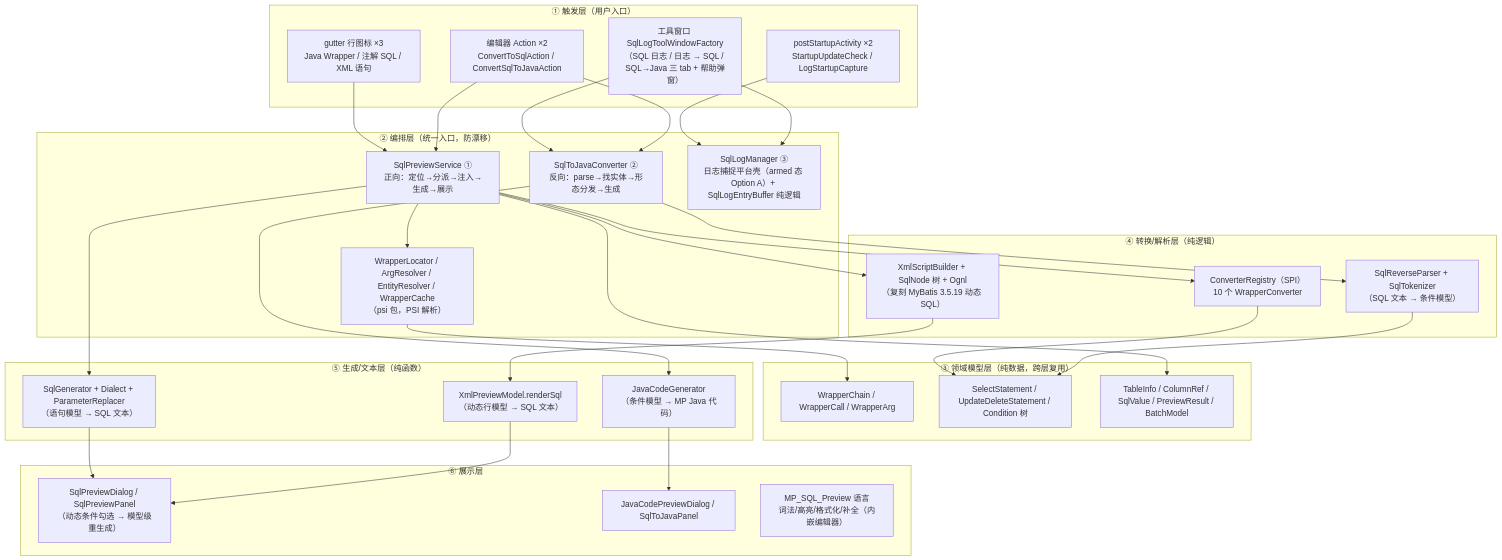
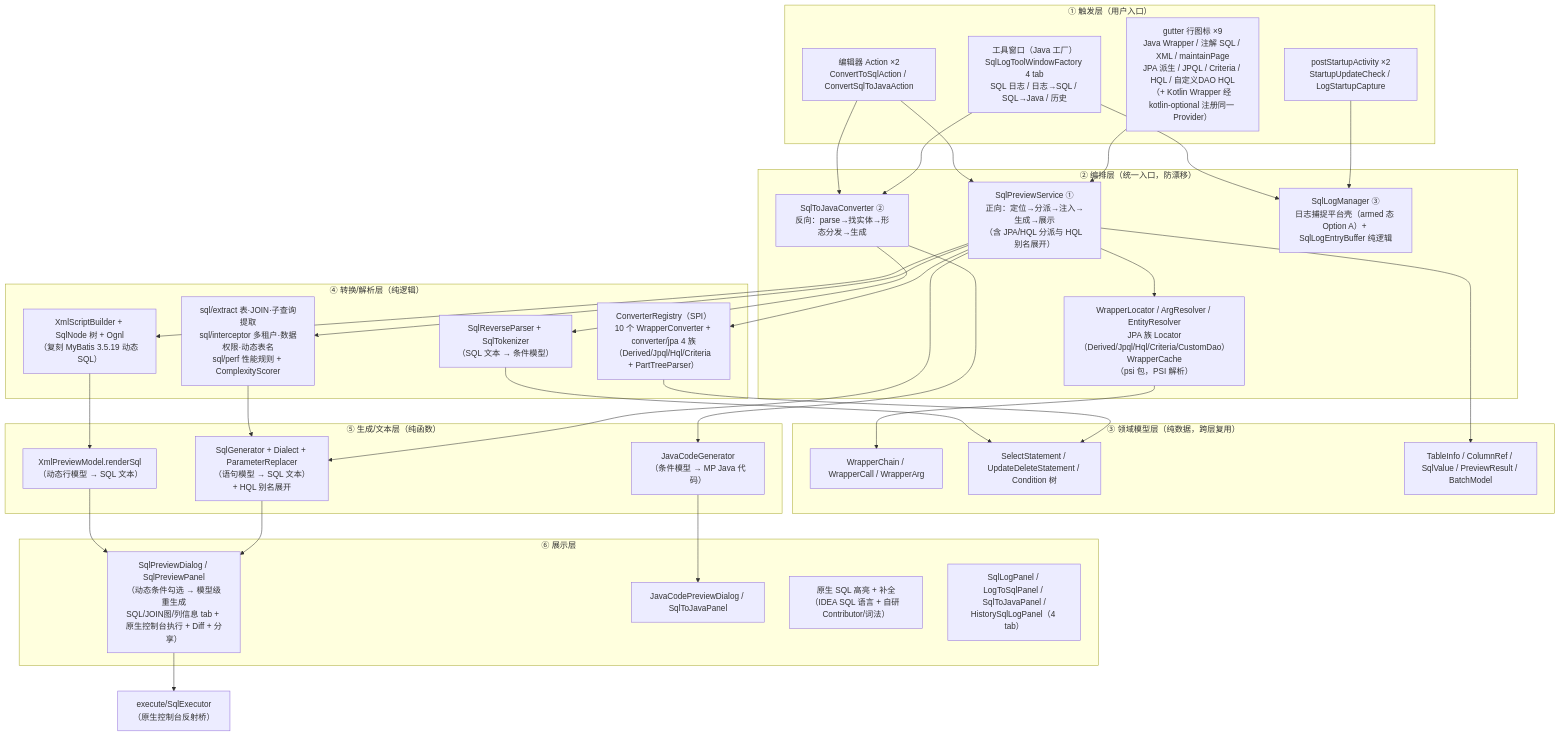
Before and after one commit to JayF211/mybatis-plus-sql-visualizer: the second of 5 diagrams in docs/架构设计/01-项目架构总览.md, drawn with Mermaid. The commit also changed other lines of this file and 3 other files, not shown here.

Commit message:
docs: 架构设计三篇与 README 同步至当前代码基线——JPA/Hibernate 链路、M36 原生控制台执行、插件更名 SQL Visualizer、测试基线 232 类 2682 用例、更新双通道与帮助本地 HTML

````diff
--- a/docs/架构设计/01-项目架构总览.md
+++ b/docs/架构设计/01-项目架构总览.md
@@ -56,61 +60,66 @@
 ```mermaid
 flowchart TD
     subgraph L1["① 触发层（用户入口）"]
-        E1["gutter 行图标 ×3<br/>Java Wrapper / 注解 SQL / XML 语句"]
+        E1["gutter 行图标 ×9<br/>Java Wrapper / 注解 SQL / XML / maintainPage<br/>JPA 派生 / JPQL / Criteria / HQL / 自定义DAO HQL<br/>（+ Kotlin Wrapper 经 kotlin-optional 注册同一 Provider）"]
         E2["编辑器 Action ×2<br/>ConvertToSqlAction / ConvertSqlToJavaAction"]
-        E3["工具窗口 SqlLogToolWindowFactory<br/>（SQL 日志 / 日志 → SQL / SQL→Java 三 tab + 帮助弹窗）"]
+        E3["工具窗口（Java 工厂）<br/>SqlLogToolWindowFactory 4 tab<br/>SQL 日志 / 日志→SQL / SQL→Java / 历史"]
         E4["postStartupActivity ×2<br/>StartupUpdateCheck / LogStartupCapture"]
     end
 
     subgraph L2["② 编排层（统一入口，防漂移）"]
-        S1["SqlPreviewService ①<br/>正向：定位→分派→注入→生成→展示"]
+        S1["SqlPreviewService ①<br/>正向：定位→分派→注入→生成→展示<br/>（含 JPA/HQL 分派与 HQL 别名展开）"]
         S2["SqlToJavaConverter ②<br/>反向：parse→找实体→形态分发→生成"]
         S3["SqlLogManager ③<br/>日志捕捉平台壳（armed 态 Option A）+ SqlLogEntryBuffer 纯逻辑"]
-        S4["WrapperLocator / ArgResolver / EntityResolver / WrapperCache<br/>（psi 包，PSI 解析）"]
+        S4["WrapperLocator / ArgResolver / EntityResolver<br/>JPA 族 Locator（Derived/Jpql/Hql/Criteria/CustomDao）<br/>WrapperCache<br/>（psi 包，PSI 解析）"]
     end
 
     subgraph L3["③ 领域模型层（纯数据，跨层复用）"]
         M1["WrapperChain / WrapperCall / WrapperArg"]
         M2["SelectStatement / UpdateDeleteStatement / Condition 树"]
         M3["TableInfo / ColumnRef / SqlValue / PreviewResult / BatchModel"]
     end
 
     subgraph L4["④ 转换/解析层（纯逻辑）"]
-        C1["ConverterRegistry（SPI）<br/>10 个 WrapperConverter"]
+        C1["ConverterRegistry（SPI）<br/>10 个 WrapperConverter + converter/jpa 4 族<br/>（Derived/Jpql/Hql/Criteria + PartTreeParser）"]
         C2["SqlReverseParser + SqlTokenizer<br/>（SQL 文本 → 条件模型）"]
         C3["XmlScriptBuilder + SqlNode 树 + Ognl<br/>（复刻 MyBatis 3.5.19 动态 SQL）"]
+        C4["sql/extract 表·JOIN·子查询提取<br/>sql/interceptor 多租户·数据权限·动态表名<br/>sql/perf 性能规则 + ComplexityScorer"]
     end
 
     subgraph L5["⑤ 生成/文本层（纯函数）"]
-        G1["SqlGenerator + Dialect + ParameterReplacer<br/>（语句模型 → SQL 文本）"]
+        G1["SqlGenerator + Dialect + ParameterReplacer<br/>（语句模型 → SQL 文本）+ HQL 别名展开"]
         G2["JavaCodeGenerator<br/>（条件模型 → MP Java 代码）"]
         G3["XmlPreviewModel.renderSql<br/>（动态行模型 → SQL 文本）"]
     end
 
     subgraph L6["⑥ 展示层"]
-        U1["SqlPreviewDialog / SqlPreviewPanel<br/>（动态条件勾选 → 模型级重生成）"]
+        U1["SqlPreviewDialog / SqlPreviewPanel<br/>（动态条件勾选 → 模型级重生成<br/>SQL/JOIN图/列信息 tab + 原生控制台执行 + Diff + 分享）"]
         U2["JavaCodePreviewDialog / SqlToJavaPanel"]
-        U3["MP_SQL_Preview 语言<br/>词法/高亮/格式化/补全（内嵌编辑器）"]
+        U3["原生 SQL 高亮 + 补全<br/>（IDEA SQL 语言 + 自研 Contributor/词法）"]
+        U4["SqlLogPanel / LogToSqlPanel / SqlToJavaPanel /<br/>HistorySqlLogPanel（4 tab）"]
     end
 
     E1 --> S1
     E2 --> S1
     E4 --> S3
     E3 --> S3
     E3 --> S2
     E2 --> S2
     S1 --> S4
     S4 --> M1
     S1 --> C1
     C1 --> M2
     S1 --> G1
     G1 --> U1
     S1 --> C3
     C3 --> G3
     G3 --> U1
     S2 --> C2
     C2 --> M2
     S2 --> G2
     G2 --> U2
     S1 --> M3
+    S1 --> C4
+    C4 --> G1
+    U1 --> S5x["execute/SqlExecutor<br/>（原生控制台反射桥）"]
 ```
````
